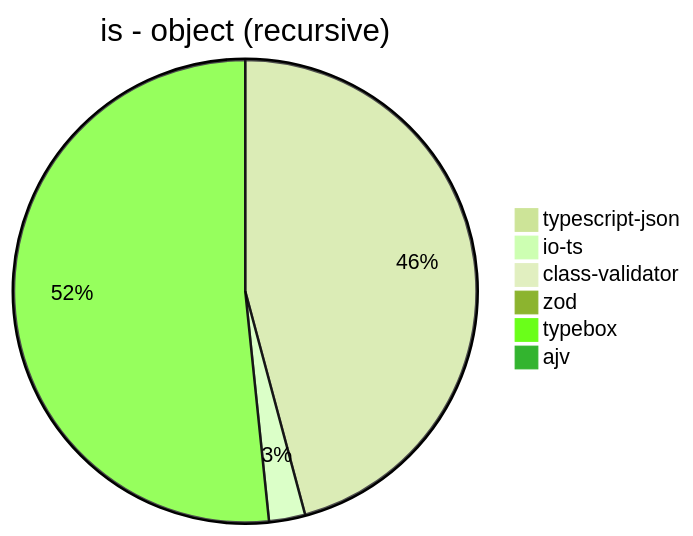
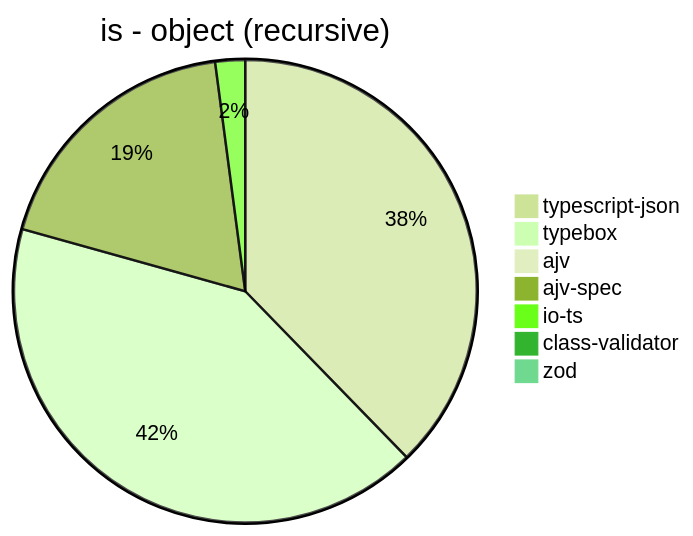
One commit to samchon/typia changed the second of 39 diagrams in benchmark/results/AMD Ryzen 7 3700X 8-Core Processor.md. Above: the diagram before and after it, drawn with Mermaid (forest theme). The commit also changed other lines of this file and 10 other files, not shown here.

Commit message:
Add ajv-spec benchmarks

````diff
--- a/benchmark/results/AMD Ryzen 7 3700X 8-Core Processor.md
+++ b/benchmark/results/AMD Ryzen 7 3700X 8-Core Processor.md
@@ -32,9 +33,10 @@
 ```mermaid
 pie title is - object (recursive)
-  "typescript-json": 65843.33874166217
-  "io-ts": 3629.730713245997
-  "class-validator": 34.02003402003402
-  "zod": 55.89374654122855
-  "typebox": 74190.39642657732
+  "typescript-json": 66755.83549462764
+  "typebox": 73629.89972652688
   "ajv": 0
+  "ajv-spec": 32892.74447949527
+  "io-ts": 3687.965722801788
+  "class-validator": 32.056145675265554
+  "zod": 56.66605538235833
 ```
````
